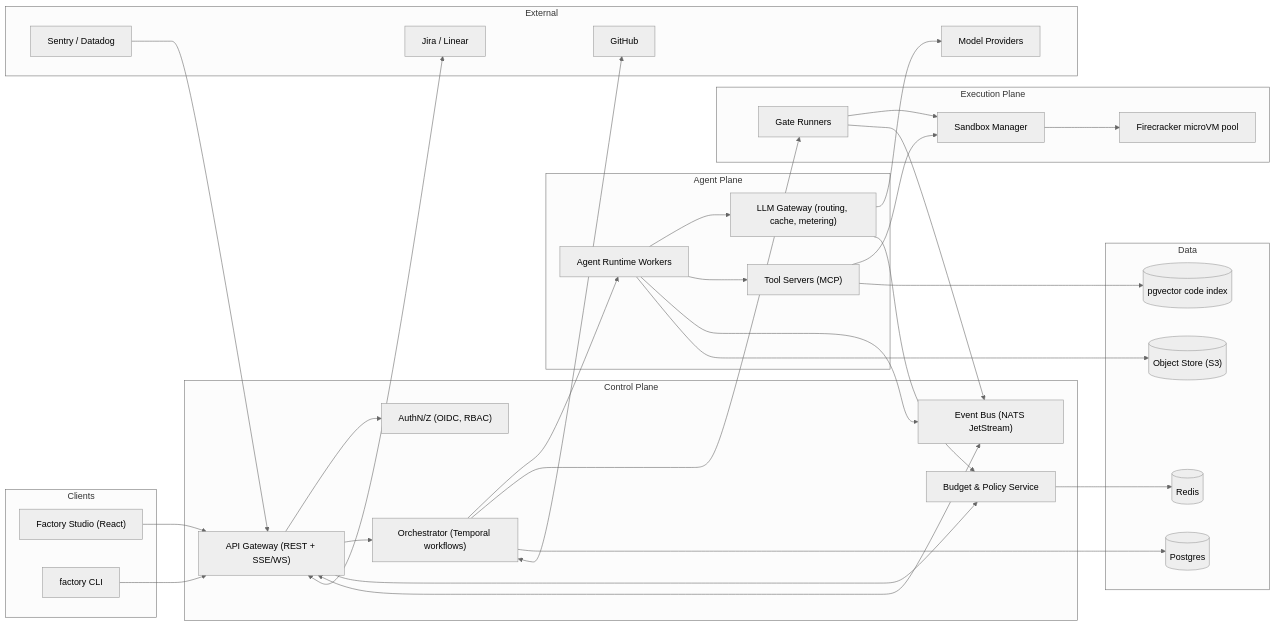
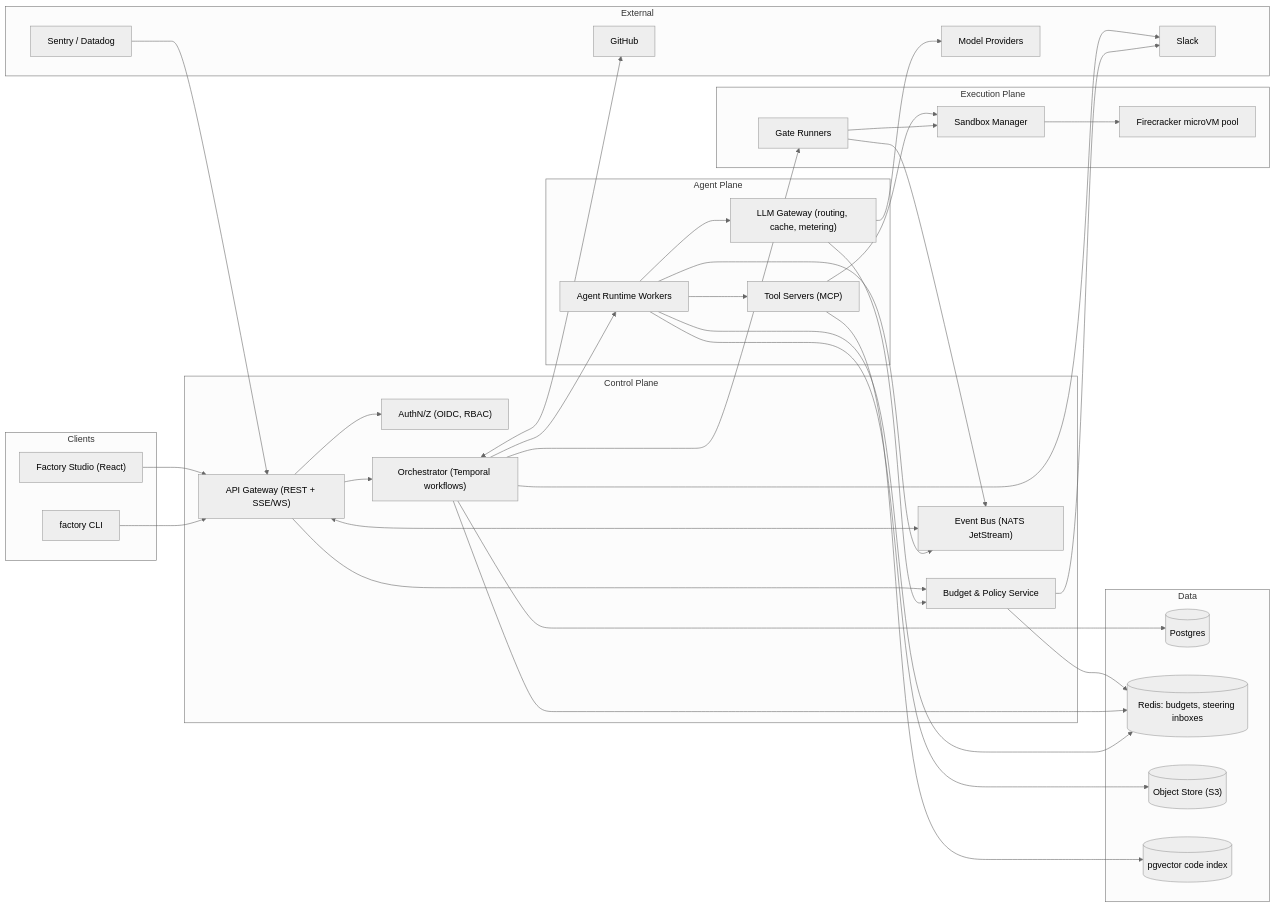
Before and after one commit to BboyAkers/Software-Factory-Studio: the first of 4 diagrams in docs/TECHNICAL_SPEC.md, drawn with Mermaid (neutral theme). The commit also changed other lines of this file and 3594 other files, not shown here.

````diff
--- a/docs/TECHNICAL_SPEC.md
+++ b/docs/TECHNICAL_SPEC.md
@@ -61,63 +72,66 @@
 ```mermaid
 flowchart LR
   subgraph Clients
     UI["Factory Studio (React)"]
     CLI["factory CLI"]
   end
 
   subgraph ControlPlane["Control Plane"]
     API["API Gateway (REST + SSE/WS)"]
     AUTH["AuthN/Z (OIDC, RBAC)"]
     ORCH["Orchestrator (Temporal workflows)"]
     BUDGET["Budget & Policy Service"]
     EVT["Event Bus (NATS JetStream)"]
   end
 
   subgraph AgentPlane["Agent Plane"]
     RT["Agent Runtime Workers"]
     LLM["LLM Gateway (routing, cache, metering)"]
     TOOLS["Tool Servers (MCP)"]
   end
 
   subgraph ExecPlane["Execution Plane"]
     SBX["Sandbox Manager"]
     VM["Firecracker microVM pool"]
     GATES["Gate Runners"]
   end
 
   subgraph Data
     PG[("Postgres")]
-    REDIS[("Redis")]
+    REDIS[("Redis: budgets, steering inboxes")]
     OBJ[("Object Store (S3)")]
     VEC[("pgvector code index")]
   end
 
   subgraph External
     GH["GitHub"]
-    JIRA["Jira / Linear"]
+    SLACK["Slack"]
     SENTRY["Sentry / Datadog"]
     PROV["Model Providers"]
   end
 
   UI --> API
   CLI --> API
   API --> AUTH
   API --> ORCH
   API --> BUDGET
   API <--> EVT
   ORCH --> RT
   RT --> LLM --> PROV
   RT --> TOOLS
   TOOLS --> SBX --> VM
   ORCH --> GATES --> SBX
   LLM --> BUDGET
   RT --> EVT
   GATES --> EVT
   ORCH --> PG
   BUDGET --> REDIS
+  ORCH --> REDIS
+  RT --> REDIS
   RT --> OBJ
   TOOLS --> VEC
   ORCH <--> GH
-  API <--> JIRA
   SENTRY --> API
+  ORCH --> SLACK
+  BUDGET --> SLACK
 ```
````
